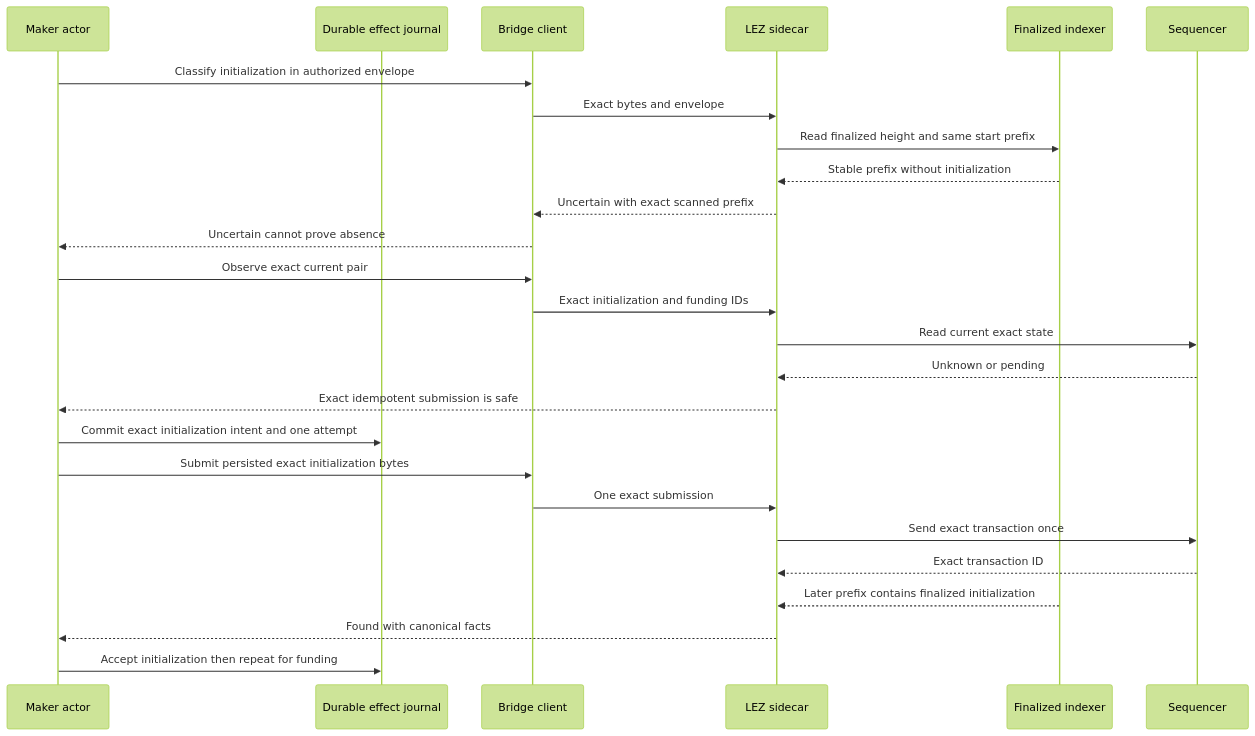
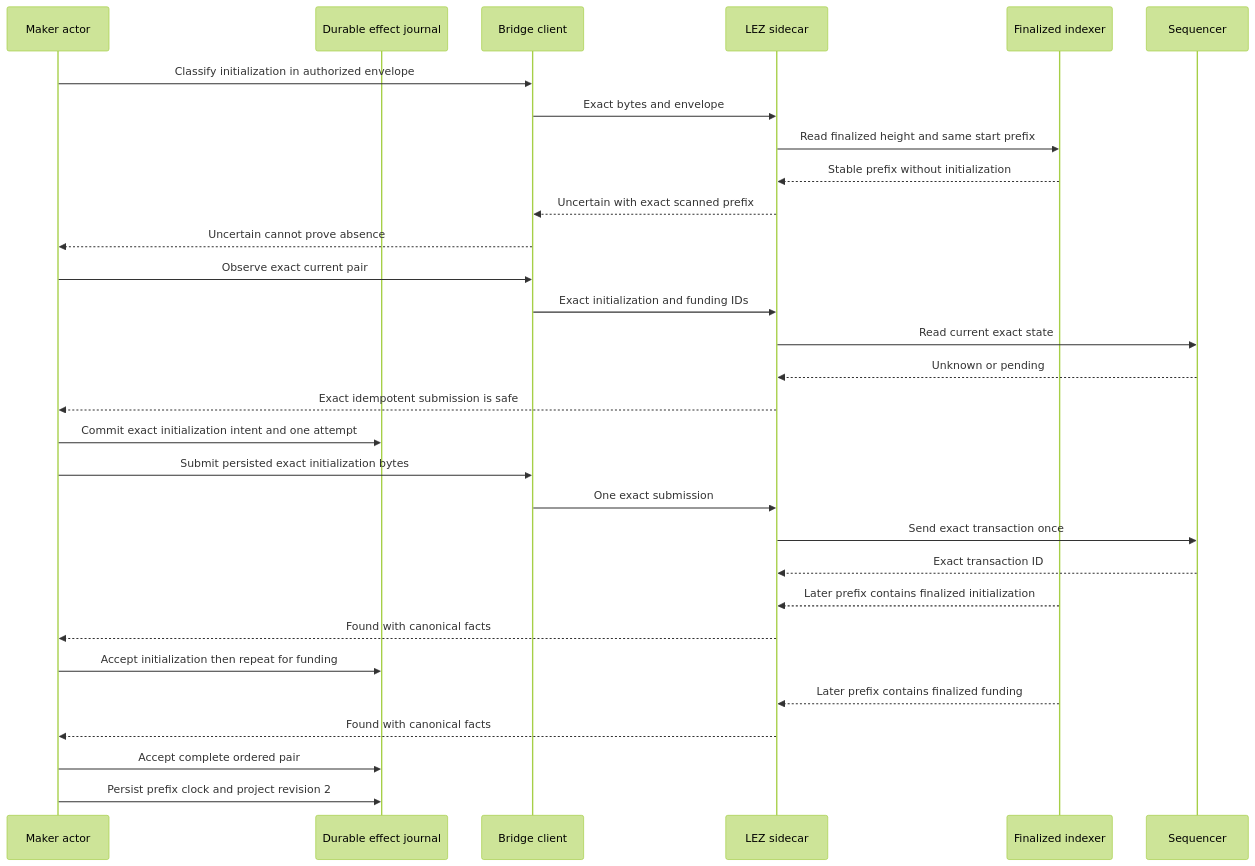
One commit to gateway-fm/lez-atomic-swaps changed the second of 2 diagrams in docs/architecture/0110-scan-immutable-lez-windows-as-finalized-prefixes.md. Above: the diagram before and after it, drawn with Mermaid (forest theme). The commit also changed other lines of this file and 3 other files, not shown here.

Commit message:
fix(m5): project finalized LEZ prefixes

````diff
--- a/docs/architecture/0110-scan-immutable-lez-windows-as-finalized-prefixes.md
+++ b/docs/architecture/0110-scan-immutable-lez-windows-as-finalized-prefixes.md
@@ -69,29 +69,33 @@
 ```mermaid
 sequenceDiagram
     participant A as Maker actor
     participant J as Durable effect journal
     participant C as Bridge client
     participant S as LEZ sidecar
     participant I as Finalized indexer
     participant Q as Sequencer
 
     A->>C: Classify initialization in authorized envelope
     C->>S: Exact bytes and envelope
     S->>I: Read finalized height and same start prefix
     I-->>S: Stable prefix without initialization
     S-->>C: Uncertain with exact scanned prefix
     C-->>A: Uncertain cannot prove absence
     A->>C: Observe exact current pair
     C->>S: Exact initialization and funding IDs
     S->>Q: Read current exact state
     Q-->>S: Unknown or pending
     S-->>A: Exact idempotent submission is safe
     A->>J: Commit exact initialization intent and one attempt
     A->>C: Submit persisted exact initialization bytes
     C->>S: One exact submission
     S->>Q: Send exact transaction once
     Q-->>S: Exact transaction ID
     I-->>S: Later prefix contains finalized initialization
     S-->>A: Found with canonical facts
     A->>J: Accept initialization then repeat for funding
+    I-->>S: Later prefix contains finalized funding
+    S-->>A: Found with canonical facts
+    A->>J: Accept complete ordered pair
+    A->>J: Persist prefix clock and project revision 2
 ```
````
